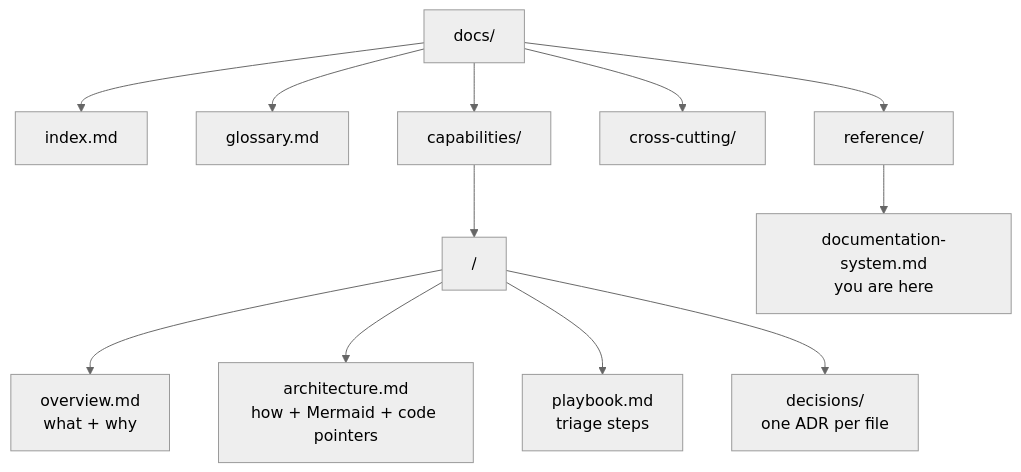
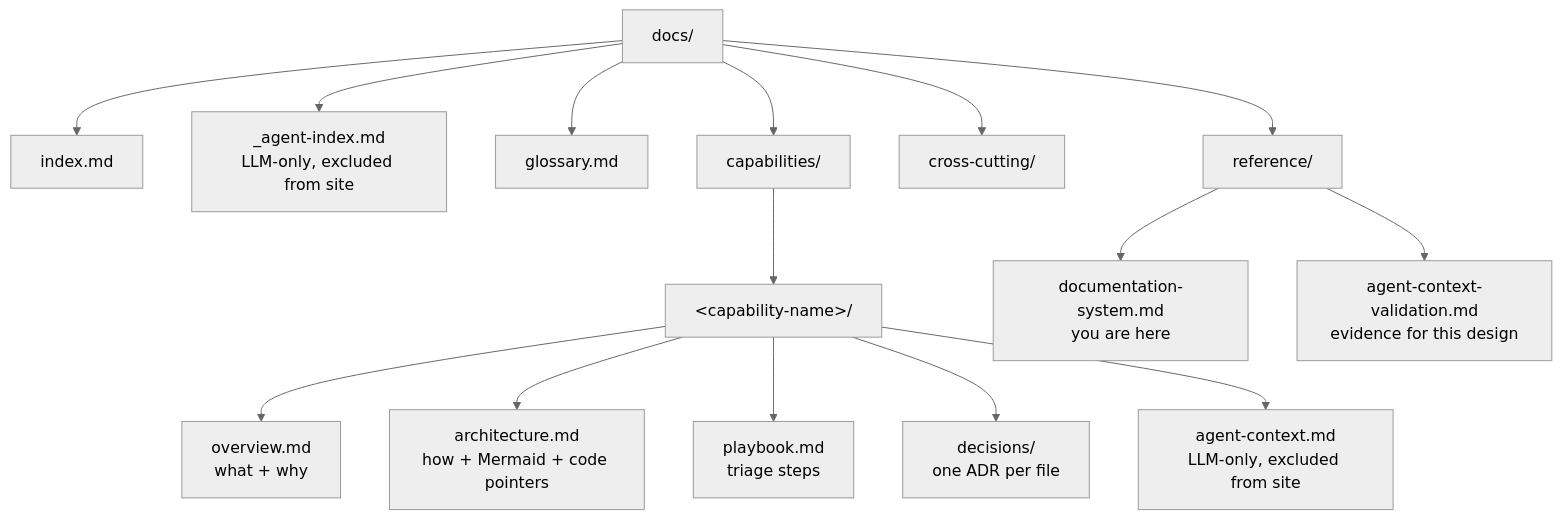
Before and after one commit to jtl4098/deptagent: the third of 3 diagrams in docs/reference/documentation-system.md, drawn with Mermaid (neutral theme). The commit also changed other lines of this file, not shown here.

First line of the commit message:
docs: expand documentation-system.md into the architecture canonical doc

````diff
--- a/docs/reference/documentation-system.md
+++ b/docs/reference/documentation-system.md
@@ -172,17 +362,20 @@
 ```mermaid
 flowchart TD
     Root[docs/]
     Root --> Index[index.md]
+    Root --> AIIndex[_agent-index.md<br/>LLM-only, excluded from site]
     Root --> Gloss[glossary.md]
     Root --> Caps[capabilities/]
     Root --> Cross[cross-cutting/]
     Root --> Ref[reference/]
 
-    Caps --> Cap1[<capability-name>/]
+    Caps --> Cap1["&lt;capability-name&gt;/"]
     Cap1 --> O[overview.md<br/>what + why]
     Cap1 --> A[architecture.md<br/>how + Mermaid + code pointers]
     Cap1 --> P[playbook.md<br/>triage steps]
     Cap1 --> D[decisions/<br/>one ADR per file]
+    Cap1 --> AC[agent-context.md<br/>LLM-only, excluded from site]
 
     Ref --> ThisDoc[documentation-system.md<br/>you are here]
+    Ref --> Val[agent-context-validation.md<br/>evidence for this design]
 ```
````
